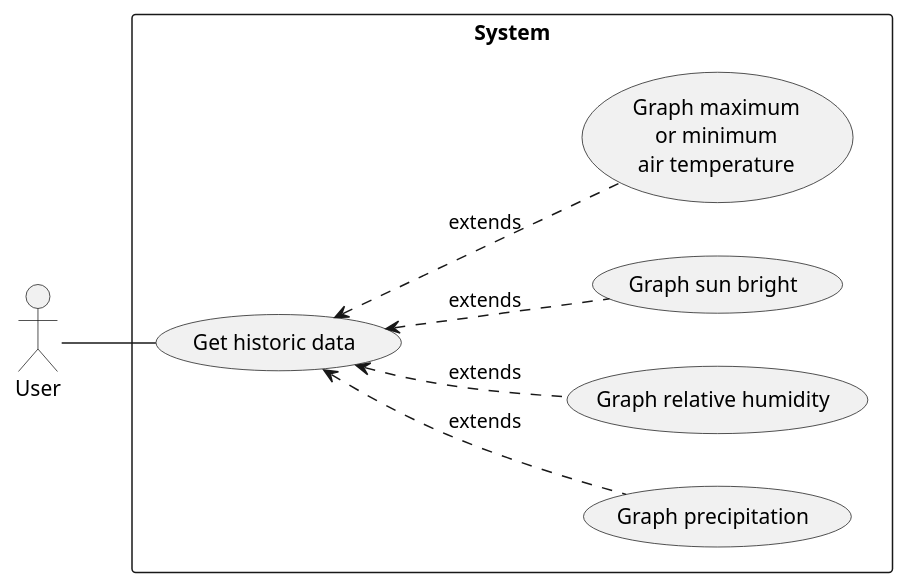
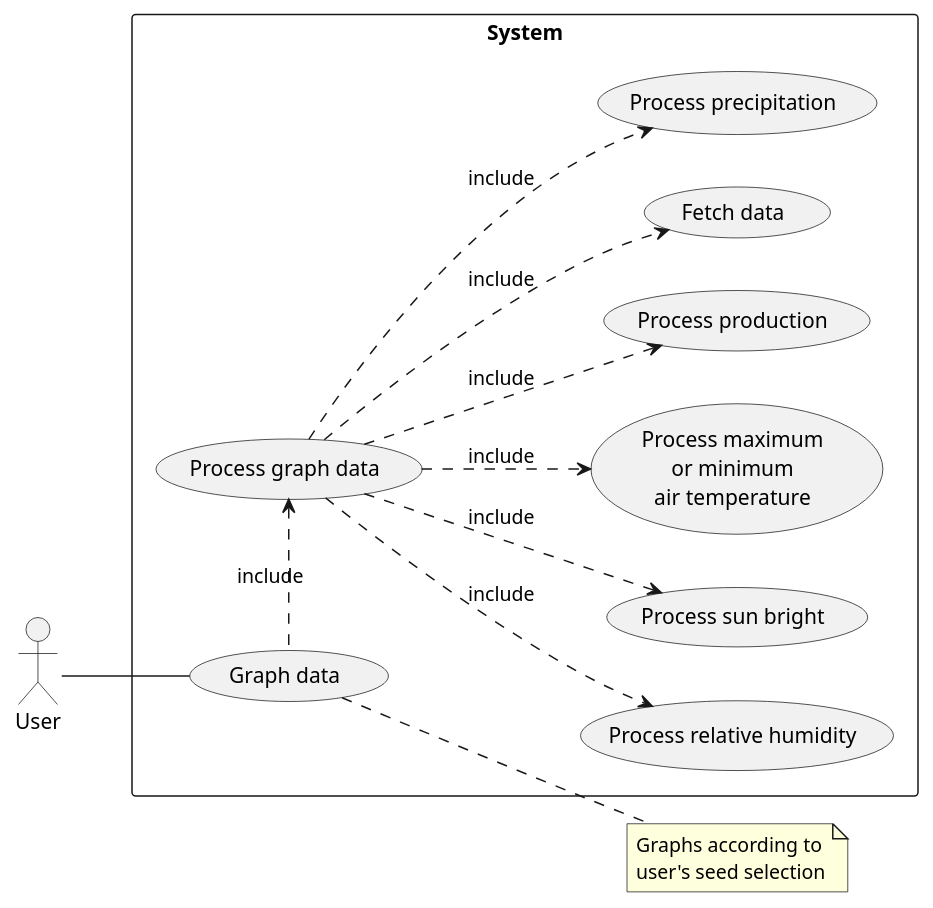
The diagram in Use_cases/Use_case_system.puml (Ataches/MiCosecha_Design), drawn with PlantUML before and after one commit. The commit also changed 10 other files, not shown here.

Commit message:
fix: diagrams

```diff
--- a/Use_cases/Use_case_system.puml
+++ b/Use_cases/Use_case_system.puml
@@ -1,24 +1,32 @@
 @startuml
 'https://plantuml.com/use-case-diagram
 left to right direction
 skinparam packageStyle rect
 
 actor User as user
+note "Graphs according to\nuser's seed selection" as graphNote
 
 package System{
-    (Graph precipitation) as prec
-    (Graph relative humidity) as rhum
-    (Graph sun bright) as sbright
-    (Graph maximum\nor minimum\nair temperature) as (temp)
+    (Process precipitation) as prec
+    (Process relative humidity) as rhum
+    (Process sun bright) as sbright
+    (Process maximum\nor minimum\nair temperature) as (temp)
+    (Process production) as (prod)
 
-    (Get historic data) as historic
+    (Process graph data) as historic
+    (Fetch data) as fetch
+    (Graph data) as graph
 
-    user -- historic
+    user -- graph
+    (graph) .. graphNote
+    historic <. graph: include
+    historic ..> fetch: include
 
-    historic <.. prec :extends
-    historic <.. rhum :extends
-    historic <.. sbright :extends
-    historic <.. temp :extends
+    historic ..> prec :include
+    historic ..> rhum :include
+    historic ..> sbright :include
+    historic ..> temp :include
+    historic ..> prod :include
 }
 
 @enduml
```
